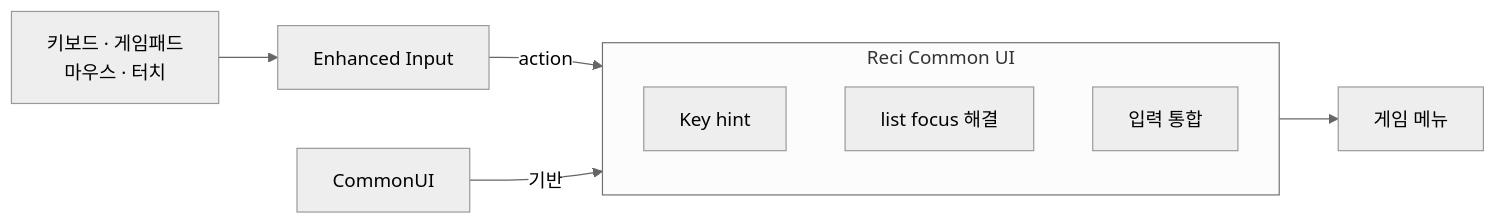
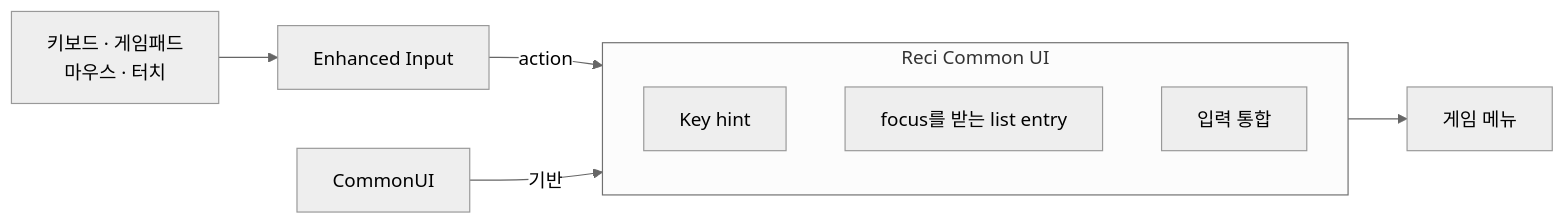
The diagram in README.ko.md (shjh3117/ReciCommonUI), drawn with Mermaid (neutral theme) before and after one commit. The commit also changed other lines of this file and 1 other file, not shown here.

Commit message:
README: list focus 항목 이름을 중립적으로 변경

````diff
--- a/README.ko.md
+++ b/README.ko.md
@@ -20,13 +20,13 @@
 ```mermaid
 flowchart LR
   Devices["키보드 · 게임패드<br/>마우스 · 터치"] --> EI["Enhanced Input"]
   EI -->|action| Reci
   CommonUI["CommonUI"] -->|기반| Reci
   subgraph Reci["Reci Common UI"]
     direction TB
     Hints["Key hint"]
-    Lists["list focus 해결"]
+    Lists["focus를 받는 list entry"]
     Input["입력 통합"]
   end
   Reci --> Menus["게임 메뉴"]
 ```
````
